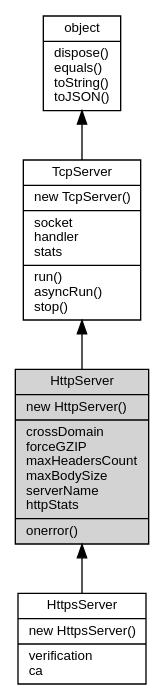
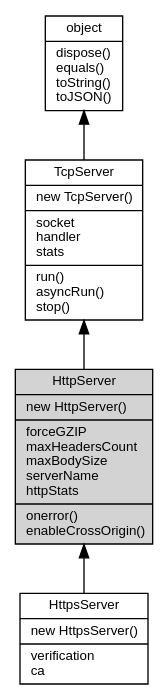
One commit to fibjs/fibjs.org changed the diagram in docs/manual/object/ifs/HttpServer.md. Above: the diagram before and after it, drawn with Graphviz. The commit also changed other lines of this file and 241 other files, not shown here.

````diff
--- a/docs/manual/object/ifs/HttpServer.md
+++ b/docs/manual/object/ifs/HttpServer.md
@@ -22,14 +22,14 @@
 ```dot
 digraph {
     node [fontname="Helvetica,sans-Serif", fontsize=10, shape="record", style="filled", fillcolor="white"];
 
     object [tooltip="object", URL="object.md", label="{object|dispose()\lequals()\ltoString()\ltoJSON()\l}"];
     TcpServer [tooltip="TcpServer", URL="TcpServer.md", label="{TcpServer|new TcpServer()\l|socket\lhandler\lstats\l|run()\lasyncRun()\lstop()\l}"];
-    HttpServer [tooltip="HttpServer", fillcolor="lightgray", label="{HttpServer|new HttpServer()\l|crossDomain\lforceGZIP\lmaxHeadersCount\lmaxBodySize\lserverName\lhttpStats\l|onerror()\l}"];
+    HttpServer [tooltip="HttpServer", fillcolor="lightgray", label="{HttpServer|new HttpServer()\l|forceGZIP\lmaxHeadersCount\lmaxBodySize\lserverName\lhttpStats\l|onerror()\lenableCrossOrigin()\l}"];
     HttpsServer [tooltip="HttpsServer", URL="HttpsServer.md", label="{HttpsServer|new HttpsServer()\l|verification\lca\l}"];
 
     object -> TcpServer [dir=back];
     TcpServer -> HttpServer [dir=back];
     HttpServer -> HttpsServer [dir=back];
 }
 ```
````
